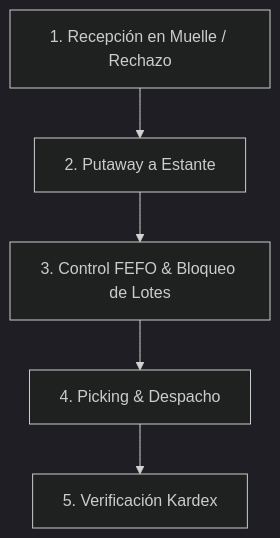
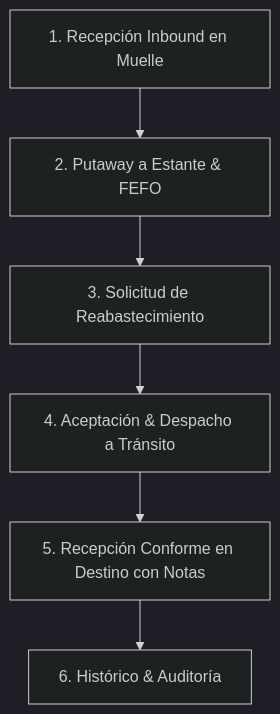
The diagram in docs/plan_pruebas_wms.md (MorpheusSoft/morpheus), drawn with Mermaid (dark theme) before and after one commit. The commit also changed other lines of this file, not shown here.

````diff
--- a/docs/plan_pruebas_wms.md
+++ b/docs/plan_pruebas_wms.md
@@ -106,7 +110,8 @@
 ```mermaid
 graph TD
-    A[1. Recepción en Muelle / Rechazo] --> B[2. Putaway a Estante]
-    B --> C[3. Control FEFO & Bloqueo de Lotes]
-    C --> D[4. Picking & Despacho]
-    D --> E[5. Verificación Kardex]
+    A[1. Recepción Inbound en Muelle] --> B[2. Putaway a Estante & FEFO]
+    B --> C[3. Solicitud de Reabastecimiento]
+    C --> D[4. Aceptación & Despacho a Tránsito]
+    D --> E[5. Recepción Conforme en Destino con Notas]
+    E --> F[6. Histórico & Auditoría]
 ```
````
